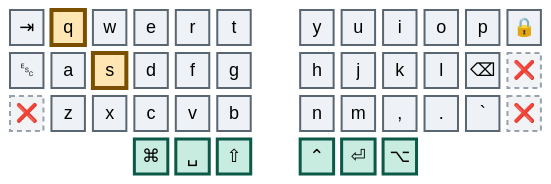
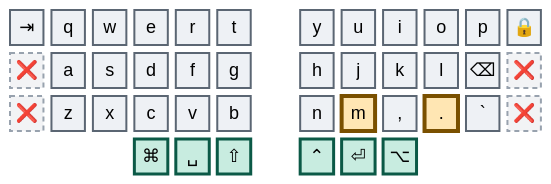
Before and after one commit to abloch/zmk-corne: the ninth of 41 diagrams in combos.md, drawn with Mermaid. The commit also changed other lines of this file and 5 other files, not shown here.

````diff
--- a/combos.md
+++ b/combos.md
@@ -233,21 +235,21 @@
 ```mermaid
 %%{init: {'theme':'base','themeVariables':{'primaryColor':'#eef1f5','primaryTextColor':'#0b0f14','primaryBorderColor':'#5b6673','nodeTextColor':'#0b0f14','textColor':'#0b0f14','mainBkg':'#eef1f5','fontSize':'18px'}}}%%
 block
 columns 13
 
   tab["⇥"] q w e r t space y u i o p lock["🔒"]
-  esc["␛"] a s d f g space h j k l bspc["⌫"] x1["❌"]
+  x4["❌"] a s d f g space h j k l bspc["⌫"] x1["❌"]
   x2["❌"] z x c v b space n m cma[","] dot["."] grv[" `"] x3["❌"]
   space:3 cmd["⌘"] spc["␣"] sft["⇧"] space ctl["⌃"] ent["⏎"] alt["⌥"] space:3
 
   classDef anchor fill:#bfe6f0,stroke:#0a4f63,stroke-width:4px,color:#04222b
   classDef trig fill:#ffe6b3,stroke:#7a5000,stroke-width:4px,color:#2e1e00
   classDef core fill:#eef1f5,stroke:#5b6673,stroke-width:2px,color:#0b0f14
   classDef thumb fill:#c8ece0,stroke:#0b5946,stroke-width:3px,color:#06241c
   classDef dead fill:#f2f3f5,stroke:#98a2ae,stroke-width:2px,stroke-dasharray:5 4,color:#5b6673
 
-  class q,s trig
-  class tab,w,e,r,t,y,u,i,o,p,lock,esc,a,d,f,g,h,j,k,l,bspc,z,x,c,v,b,n,m,cma,dot,grv core
+  class m,dot trig
+  class tab,q,w,e,r,t,y,u,i,o,p,lock,a,s,d,f,g,h,j,k,l,bspc,z,x,c,v,b,n,cma,grv core
   class cmd,spc,sft,ctl,ent,alt thumb
-  class x1,x2,x3 dead
+  class x1,x2,x3,x4 dead
 ```
````
